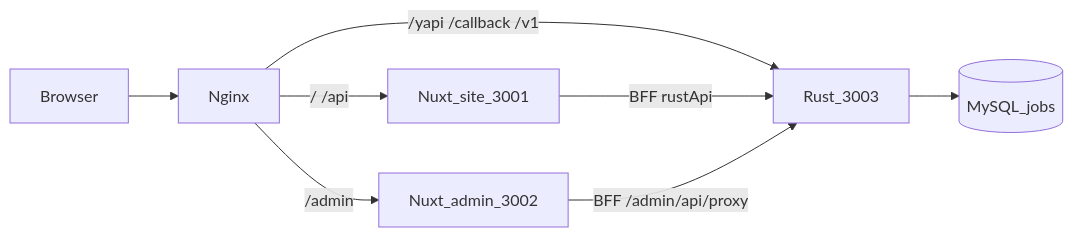
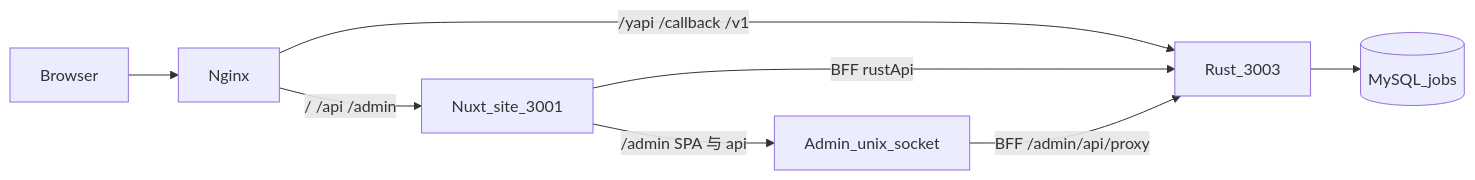
Before and after one commit to DK3369/yunzhaopin: the diagram in doc/ARCHITECTURE.md, drawn with Mermaid. The commit also changed other lines of this file and 11 other files, not shown here.

First line of the commit message:
校准现状文档：JWT usertype=9、admin unix socket、收瘤 App 缺口文

````diff
--- a/doc/ARCHITECTURE.md
+++ b/doc/ARCHITECTURE.md
@@ -98,17 +98,17 @@
 ```mermaid
 flowchart LR
   browser[Browser]
   nginx[Nginx]
   site[Nuxt_site_3001]
-  admin[Nuxt_admin_3002]
+  admin[Admin_unix_socket]
   rust[Rust_3003]
   jobs[(MySQL_jobs)]
 
   browser --> nginx
-  nginx -->|"/ /api"| site
-  nginx -->|"/admin"| admin
+  nginx -->|"/ /api /admin"| site
   nginx -->|"/yapi /callback /v1"| rust
   site -->|"BFF rustApi"| rust
+  site -->|"/admin SPA 与 api"| admin
   admin -->|"BFF /admin/api/proxy"| rust
   rust --> jobs
 ```
````
